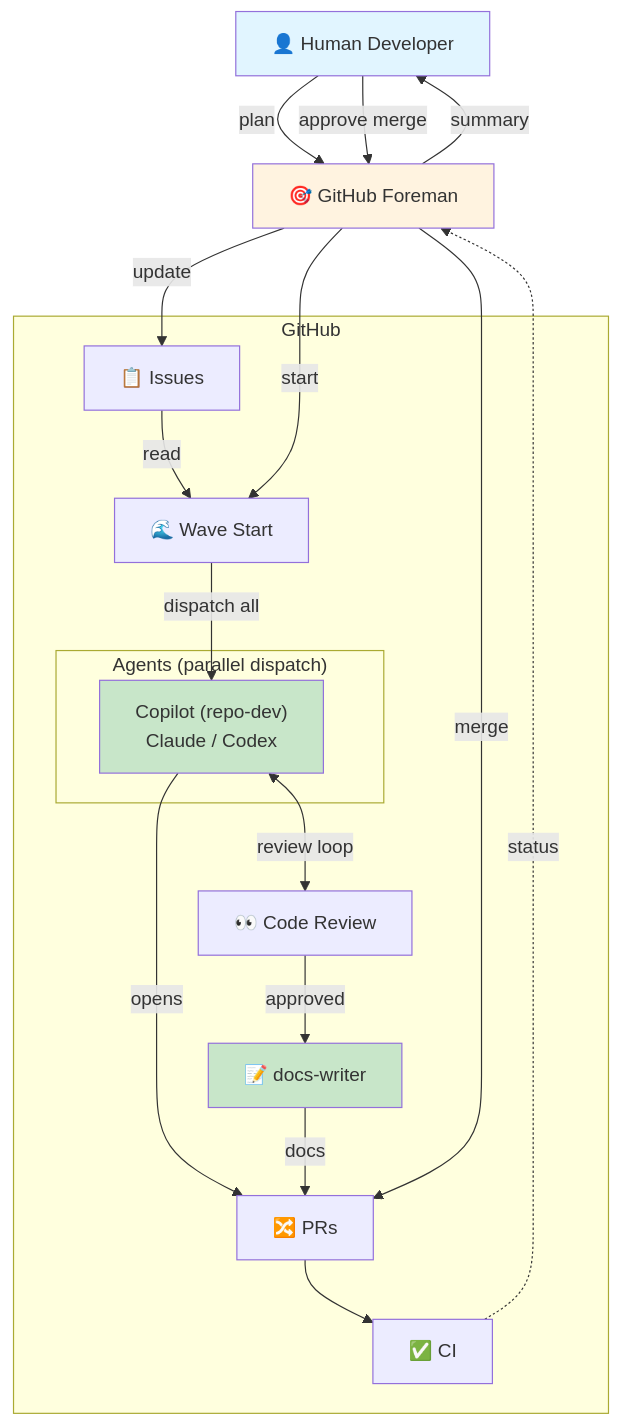
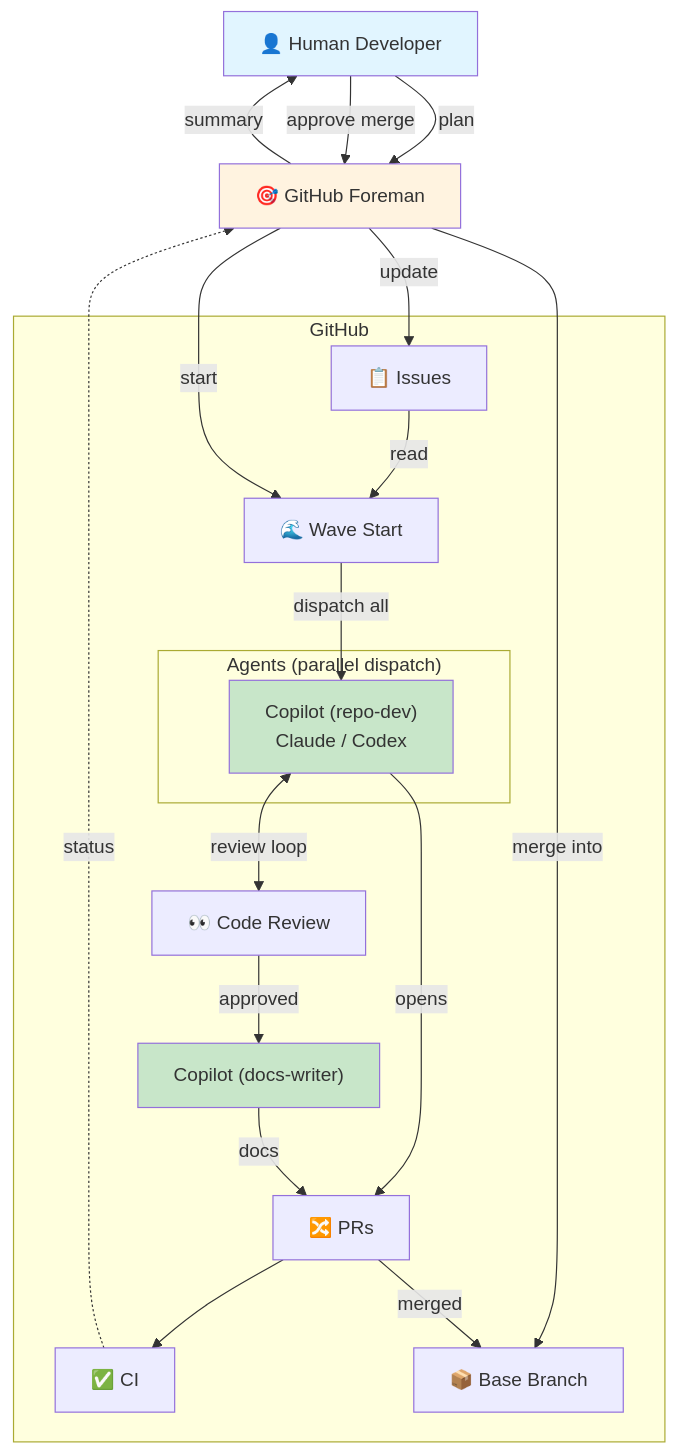
One commit to ewega/github-foreman changed the first of 2 diagrams in README.md. Above: the diagram before and after it, drawn with Mermaid.

Commit message:
Show final merge phase into base branch
- Add Base Branch node to the diagram
- Foreman performs merge action into Base Branch
- PRs are merged back into Base Branch
- Clarifies the end state: all wave PRs consolidated into main development branch

````diff
--- a/README.md
+++ b/README.md
@@ -70,42 +70,44 @@
 ```mermaid
 graph TB
     H["👤 Human Developer"]
     F["🎯 GitHub Foreman"]
     
     subgraph github["GitHub"]
         Issues["📋 Issues"]
         WaveStart["🌊 Wave Start"]
         
         subgraph agents["Agents (parallel dispatch)"]
             Working["Copilot (repo-dev)<br/>Claude / Codex"]
         end
         
         CodeReview["👀 Code Review"]
-        DW["📝 docs-writer"]
+        DW["Copilot (docs-writer)"]
         PRs["🔀 PRs"]
         CI["✅ CI"]
+        Base["📦 Base Branch"]
     end
     
     H -->|"plan"| F
     F -->|"update"| Issues
     Issues -->|"read"| WaveStart
     F -->|"start"| WaveStart
     WaveStart -->|"dispatch all"| Working
     Working -->|"opens"| PRs
     
     Working <-->|"review loop"| CodeReview
     CodeReview -->|"approved"| DW
     
     DW -->|"docs"| PRs
     PRs --> CI
     
     CI -.->|"status"| F
     F -->|"summary"| H
     H -->|"approve merge"| F
-    F -->|"merge"| PRs
+    F -->|"merge into"| Base
+    PRs -->|"merged"| Base
     
     style H fill:#e1f5ff
     style F fill:#fff3e0
     style Working fill:#c8e6c9
     style DW fill:#c8e6c9
 ```
````
